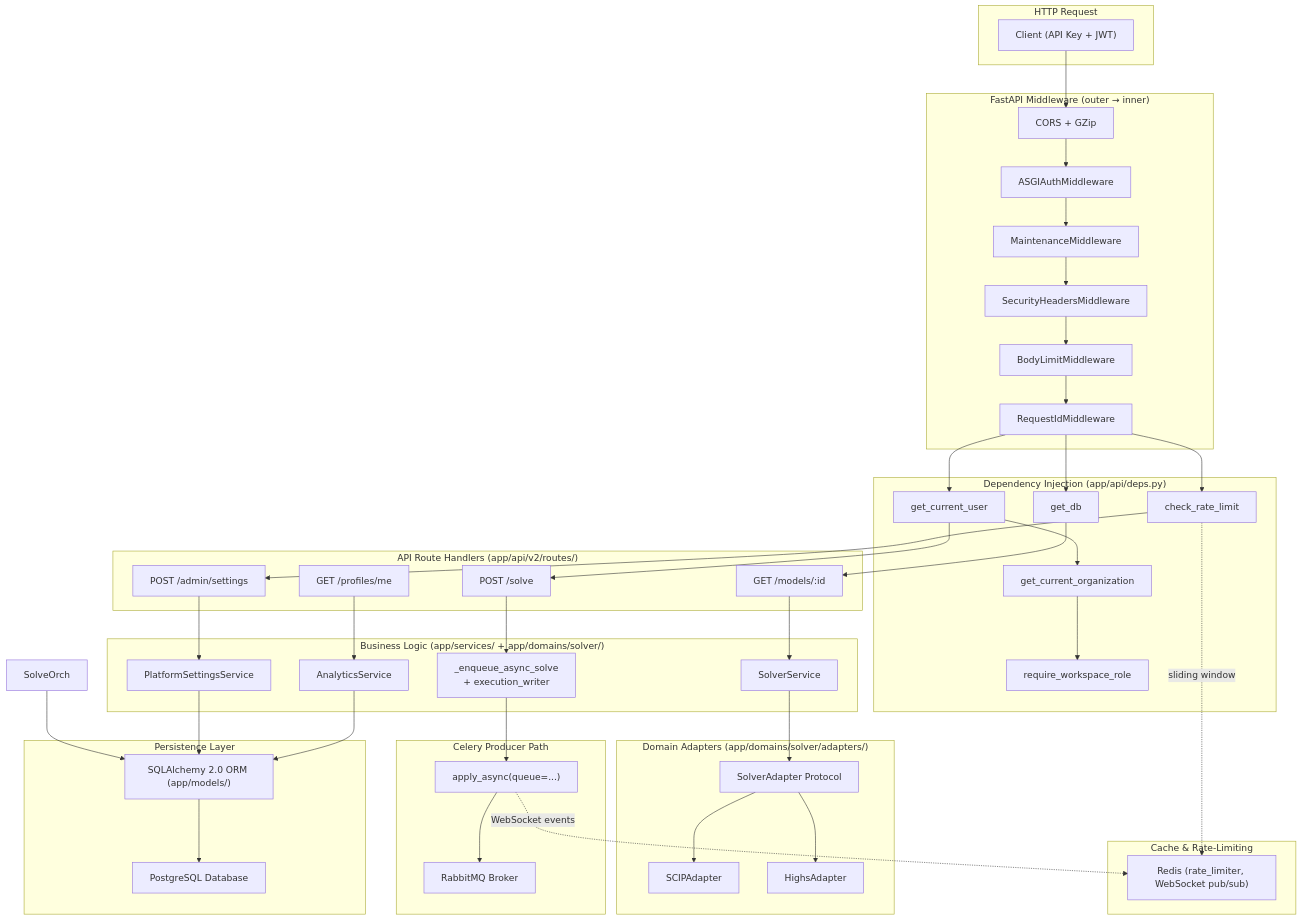
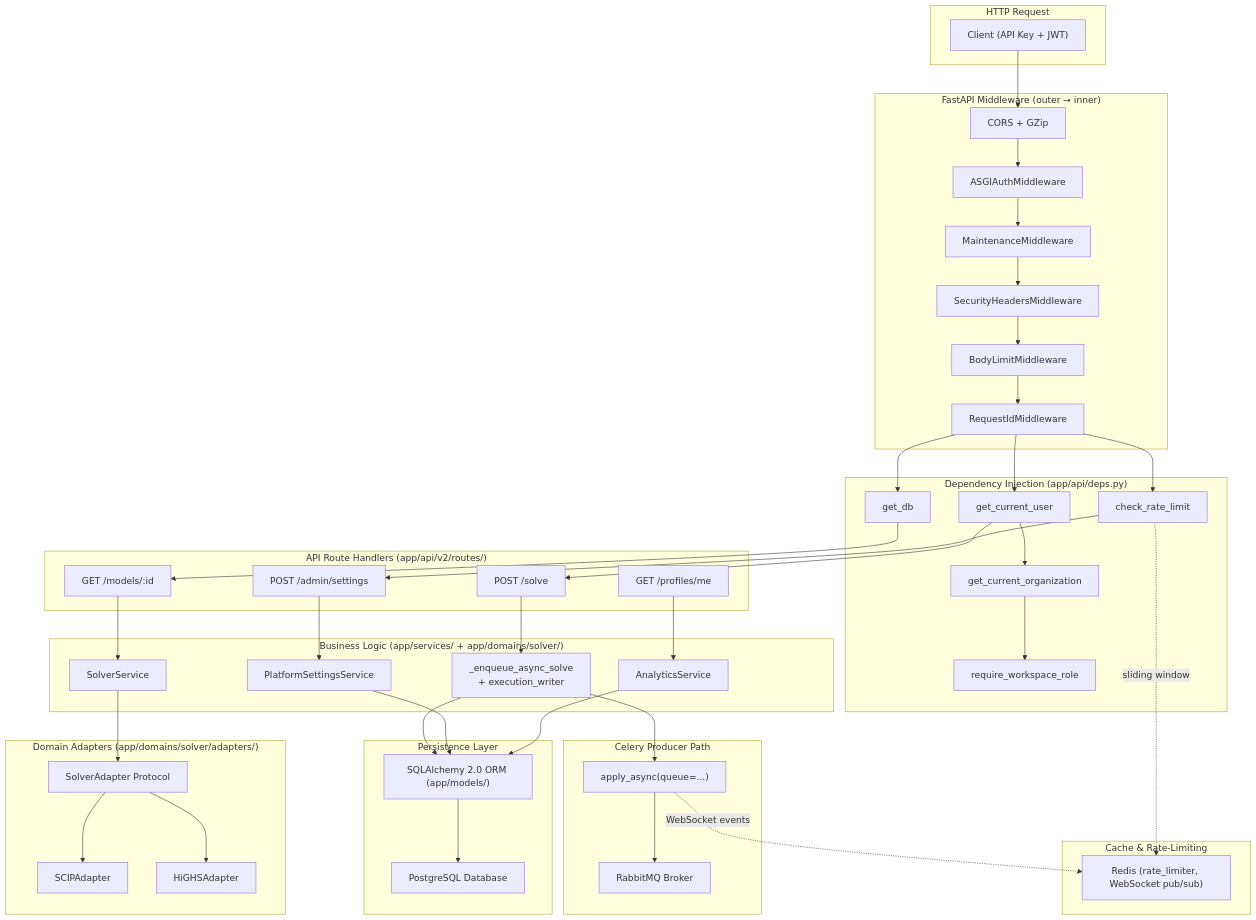
Before and after one commit to avallavall/jaot: the diagram in docs/ARCHITECTURE/02-backend/01-layers.md, drawn with Mermaid. The commit also changed 5 other files, not shown here.

First line of the commit message:
docs(architecture): fix the references that had drifted from the code

```diff
--- a/docs/ARCHITECTURE/02-backend/01-layers.md
+++ b/docs/ARCHITECTURE/02-backend/01-layers.md
@@ -44,7 +44,7 @@
     subgraph AdapterLayer["Domain Adapters (app/domains/solver/adapters/)"]
         Protocol["SolverAdapter Protocol"]
         SCIP["SCIPAdapter"]
-        Highs["HighsAdapter"]
+        Highs["HiGHSAdapter"]
     end
 
     subgraph ProducerPath["Celery Producer Path"]
@@ -89,7 +89,7 @@
     SolveEnqueue --> Producer
     Producer --> RabbitMQ
 
-    SolveOrch --> SQLAlchemy
+    SolveEnqueue --> SQLAlchemy
     SettingsService --> SQLAlchemy
     Analytics --> SQLAlchemy
 
```
